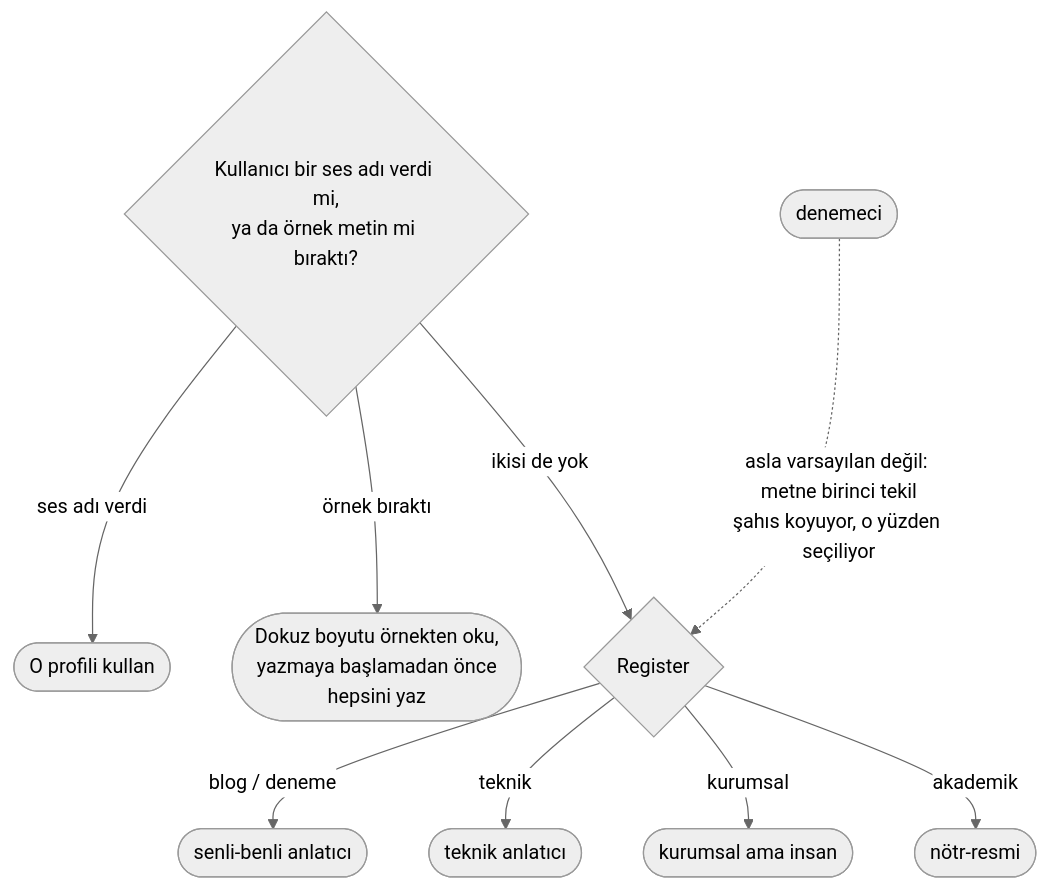
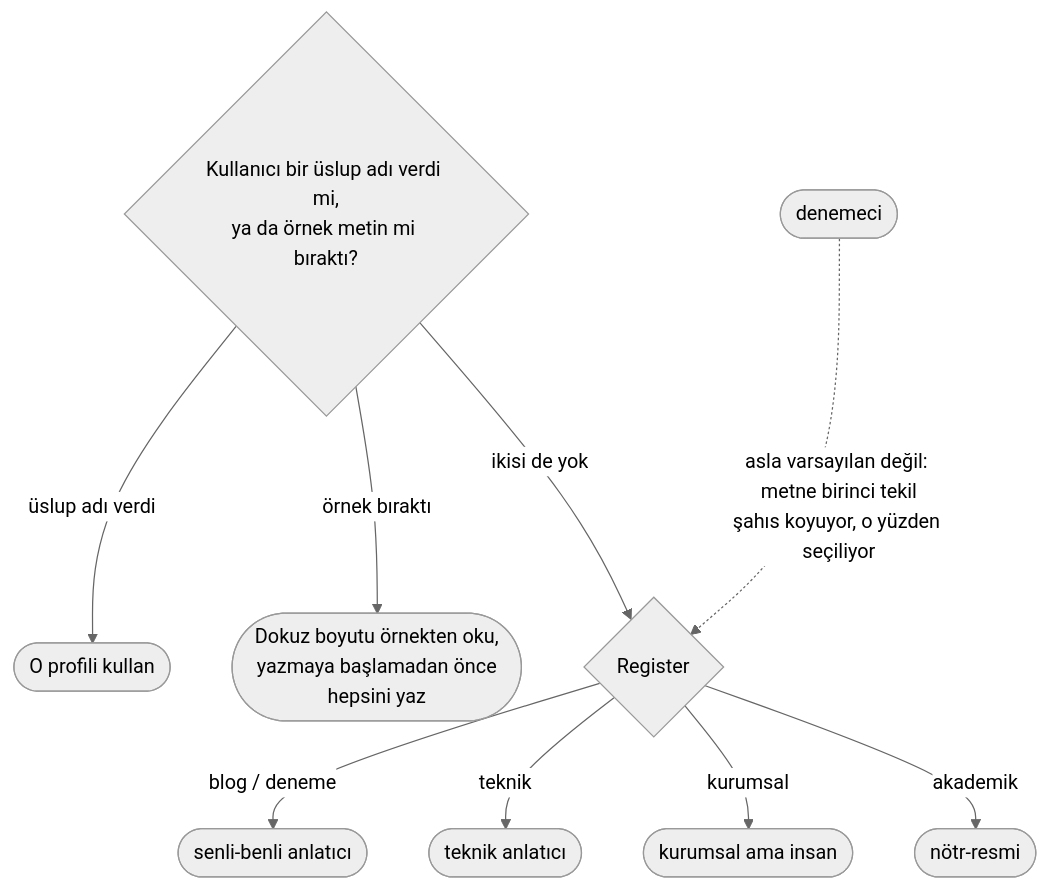
The second of 2 diagrams in README.tr.md (durmazoguzhan/turkish-humanify), drawn with Mermaid (neutral theme) before and after one commit. The commit also changed other lines of this file and 4 other files, not shown here.

````diff
--- a/README.tr.md
+++ b/README.tr.md
@@ -245,12 +260,12 @@
 ```mermaid
 flowchart TD
-    Q{"Kullanıcı bir ses adı verdi mi,<br/>ya da örnek metin mi bıraktı?"}
-    Q -- "ses adı verdi" --> USE(["O profili kullan"])
+    Q{"Kullanıcı bir üslup adı verdi mi,<br/>ya da örnek metin mi bıraktı?"}
+    Q -- "üslup adı verdi" --> USE(["O profili kullan"])
     Q -- "örnek bıraktı" --> READ(["Dokuz boyutu örnekten oku,<br/>yazmaya başlamadan önce<br/>hepsini yaz"])
     Q -- "ikisi de yok" --> REG{Register}
     REG -- "blog / deneme" --> B(["senli-benli anlatıcı"])
     REG -- "teknik" --> T(["teknik anlatıcı"])
     REG -- "kurumsal" --> C(["kurumsal ama insan"])
     REG -- "akademik" --> A(["nötr-resmi"])
     E(["denemeci"]) -. "asla varsayılan değil: metne birinci tekil<br/>şahıs koyuyor, o yüzden seçiliyor" .-> REG
 ```
````
